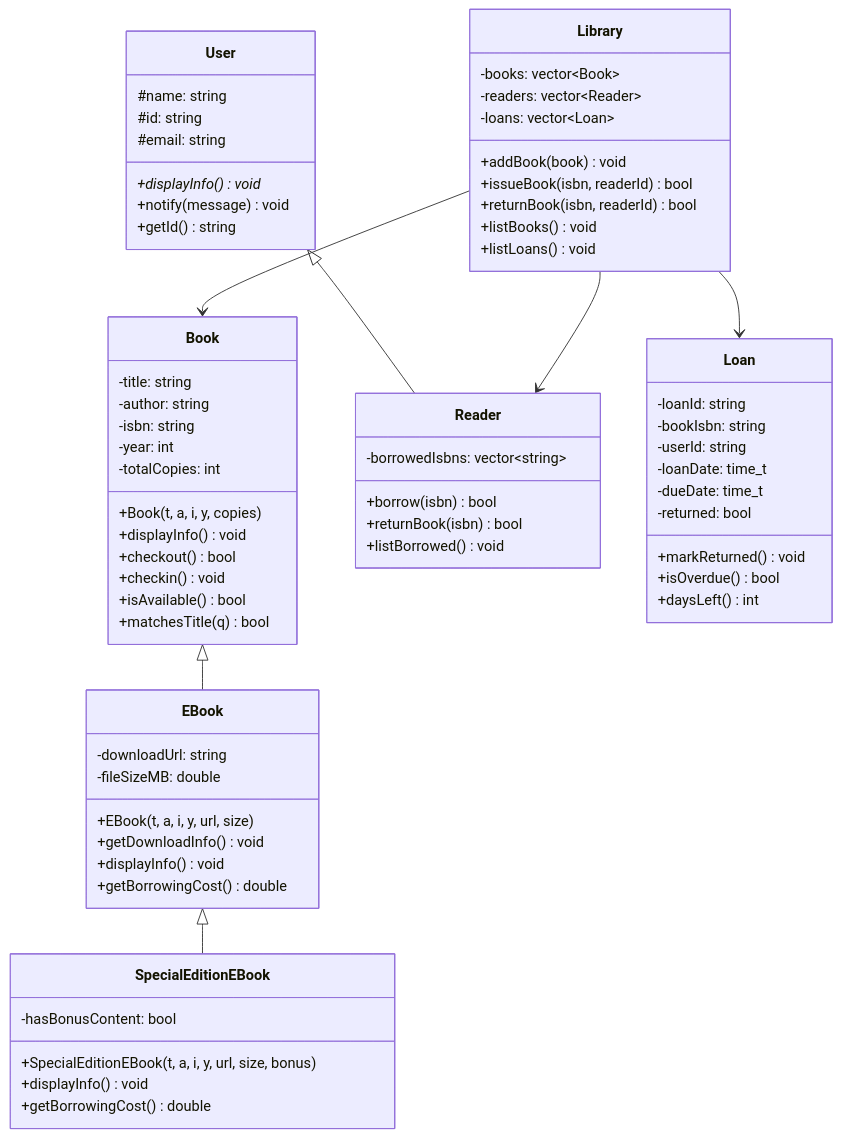
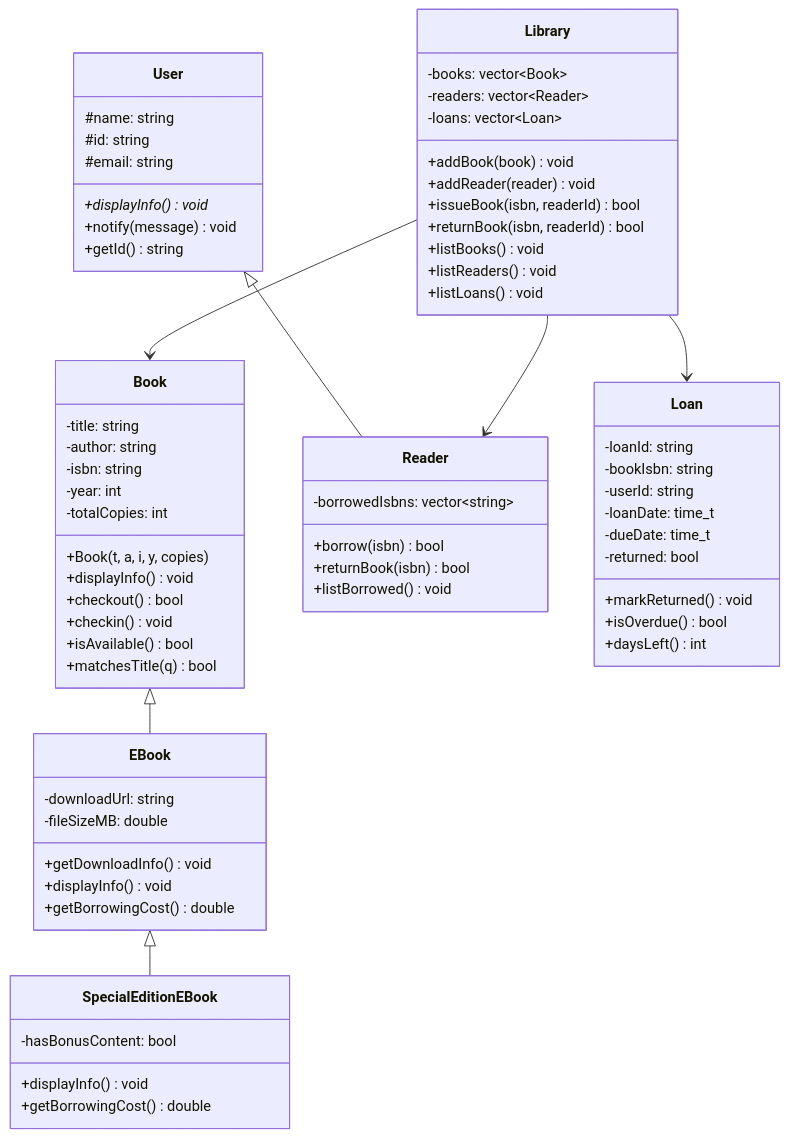
Before and after one commit to gachibasers/lab1: the first of 9 diagrams in README.md, drawn with Mermaid. The commit also changed other lines of this file, not shown here.

Commit message:
docs: add all UML diagram types (state, component, deployment, package, object) to README

````diff
--- a/README.md
+++ b/README.md
@@ -7,78 +9,72 @@
 ```mermaid
 classDiagram
     class Book {
         -title: string
         -author: string
         -isbn: string
         -year: int
         -totalCopies: int
         +Book(t, a, i, y, copies)
         +displayInfo() void
         +checkout() bool
         +checkin() void
         +isAvailable() bool
         +matchesTitle(q) bool
     }
-
     class EBook {
         -downloadUrl: string
         -fileSizeMB: double
-        +EBook(t, a, i, y, url, size)
         +getDownloadInfo() void
         +displayInfo() void
         +getBorrowingCost() double
     }
-
     class SpecialEditionEBook {
         -hasBonusContent: bool
-        +SpecialEditionEBook(t, a, i, y, url, size, bonus)
         +displayInfo() void
         +getBorrowingCost() double
     }
-
     class User {
         #name: string
         #id: string
         #email: string
         +displayInfo() void*
         +notify(message) void
         +getId() string
     }
-
     class Reader {
         -borrowedIsbns: vector~string~
         +borrow(isbn) bool
         +returnBook(isbn) bool
         +listBorrowed() void
     }
-
     class Loan {
         -loanId: string
         -bookIsbn: string
         -userId: string
         -loanDate: time_t
         -dueDate: time_t
         -returned: bool
         +markReturned() void
         +isOverdue() bool
         +daysLeft() int
     }
-
     class Library {
         -books: vector~Book~
         -readers: vector~Reader~
         -loans: vector~Loan~
         +addBook(book) void
+        +addReader(reader) void
         +issueBook(isbn, readerId) bool
         +returnBook(isbn, readerId) bool
         +listBooks() void
+        +listReaders() void
         +listLoans() void
     }
 
     Book <|-- EBook
     EBook <|-- SpecialEditionEBook
     User <|-- Reader
     Library --> Book
     Library --> Reader
     Library --> Loan
 ```
````
